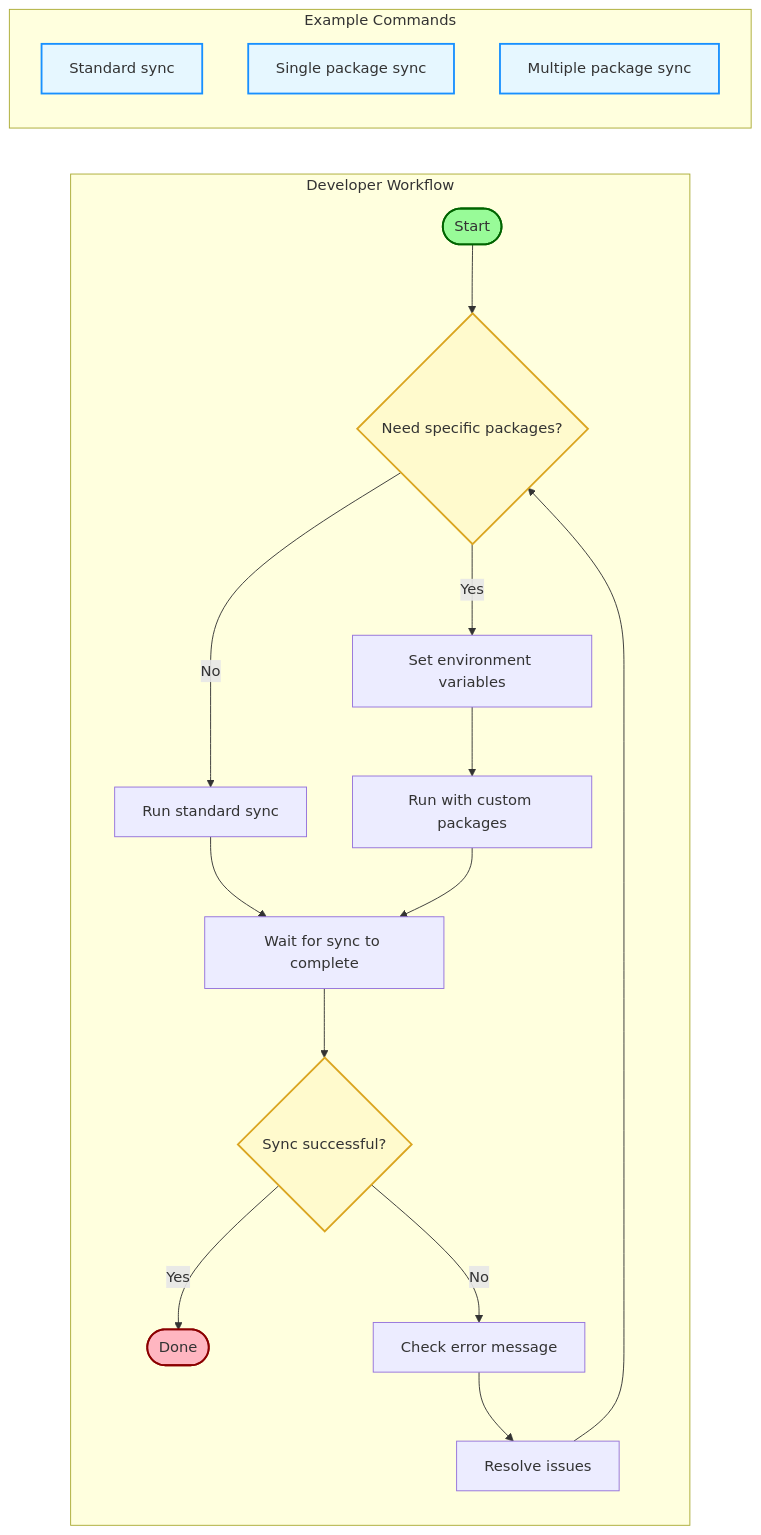
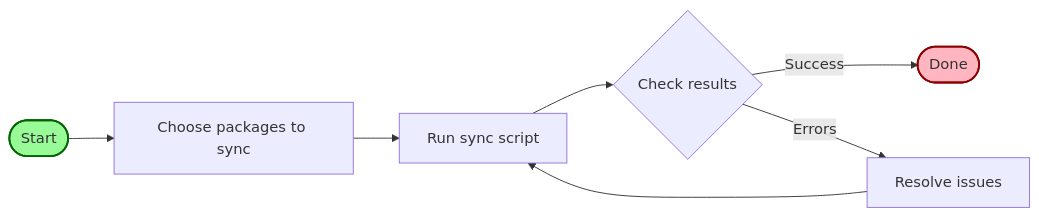
The diagram in SYNC_README.md (sparkz-development/helicone), drawn with Mermaid before and after one commit. The commit also changed other lines of this file, not shown here.

Commit message:
Simplify README to focus on practical sync instructions

````diff
--- a/SYNC_README.md
+++ b/SYNC_README.md
@@ -15,30 +49,12 @@
 ```mermaid
 flowchart LR
-    subgraph "Developer Workflow"
-    A([Start]) --> B{Need specific packages?}
-    B -->|No| C[Run standard sync]
-    B -->|Yes| D[Set environment variables]
-    D --> E[Run with custom packages]
-    C --> F[Wait for sync to complete]
-    E --> F
-    F --> G{Sync successful?}
-    G -->|Yes| H([Done])
-    G -->|No| I[Check error message]
-    I --> J[Resolve issues]
-    J --> B
-    end
+    A([Start]) --> B[Choose packages to sync]
+    B --> C[Run sync script]
+    C --> D{Check results}
+    D -->|Success| E([Done])
+    D -->|Errors| F[Resolve issues]
+    F --> C
     
-    subgraph "Example Commands"
-    K[Standard sync]
-    L[Single package sync]
-    M[Multiple package sync]
-    end
-
     style A fill:#98FB98,stroke:#006400,stroke-width:2px
-    style H fill:#FFB6C1,stroke:#8B0000,stroke-width:2px
-    style B fill:#FFFACD,stroke:#DAA520,stroke-width:2px
-    style G fill:#FFFACD,stroke:#DAA520,stroke-width:2px
-    style K fill:#E6F7FF,stroke:#1890FF,stroke-width:2px
-    style L fill:#E6F7FF,stroke:#1890FF,stroke-width:2px
-    style M fill:#E6F7FF,stroke:#1890FF,stroke-width:2px
+    style E fill:#FFB6C1,stroke:#8B0000,stroke-width:2px
 ```
````
